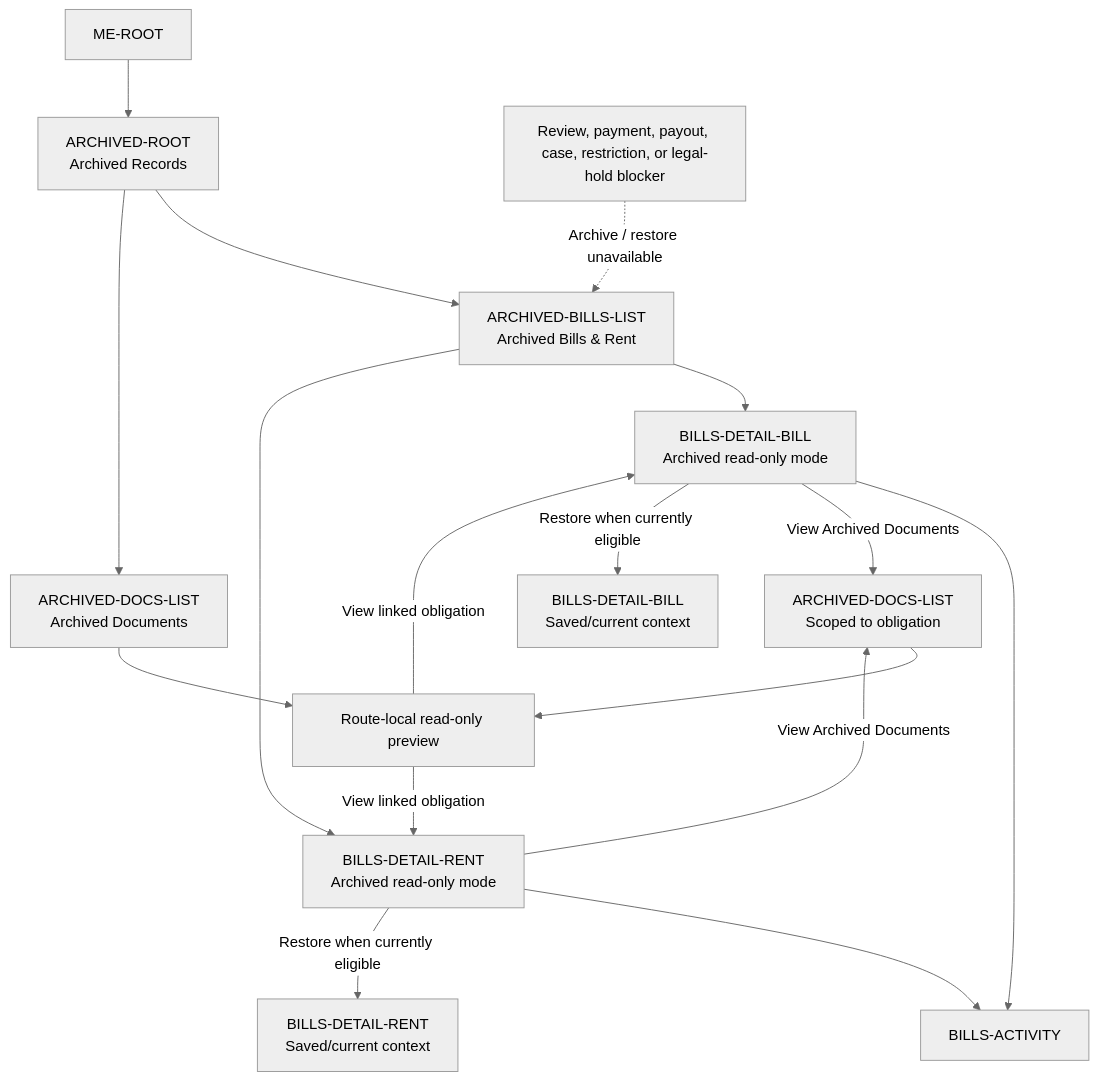
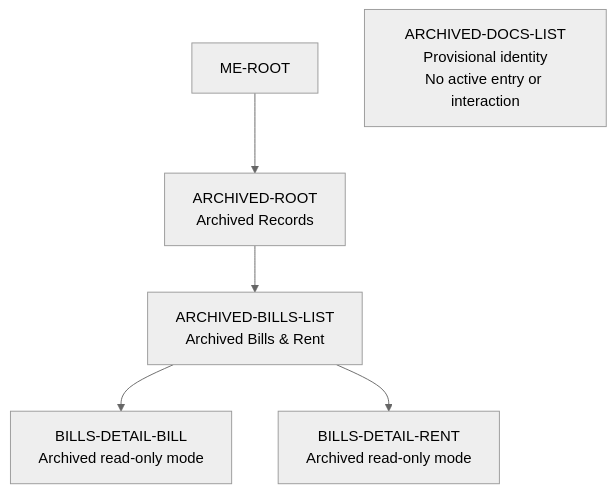
One commit to adminpayplus/payplus-docs changed the diagram in docs/diagrams/routes/payplus-archive-route-map.md. Above: the diagram before and after it, drawn with Mermaid (neutral theme). The commit also changed other lines of this file and 66 other files, not shown here.

````diff
--- a/docs/diagrams/routes/payplus-archive-route-map.md
+++ b/docs/diagrams/routes/payplus-archive-route-map.md
@@ -9,24 +12,9 @@
 ```mermaid
 flowchart TD
   ME["ME-ROOT"] --> ROOT["ARCHIVED-ROOT<br/>Archived Records"]
   ROOT --> BILLS["ARCHIVED-BILLS-LIST<br/>Archived Bills & Rent"]
-  ROOT --> DOCS["ARCHIVED-DOCS-LIST<br/>Archived Documents"]
-
   BILLS --> BILLDETAIL["BILLS-DETAIL-BILL<br/>Archived read-only mode"]
   BILLS --> RENTDETAIL["BILLS-DETAIL-RENT<br/>Archived read-only mode"]
 
-  BILLDETAIL --> ACTIVITY["BILLS-ACTIVITY"]
-  RENTDETAIL --> ACTIVITY
-  BILLDETAIL -->|"View Archived Documents"| SCOPEDDOCS["ARCHIVED-DOCS-LIST<br/>Scoped to obligation"]
-  RENTDETAIL -->|"View Archived Documents"| SCOPEDDOCS
-
-  BILLDETAIL -->|"Restore when currently eligible"| ACTIVEBILL["BILLS-DETAIL-BILL<br/>Saved/current context"]
-  RENTDETAIL -->|"Restore when currently eligible"| ACTIVERENT["BILLS-DETAIL-RENT<br/>Saved/current context"]
-
-  DOCS --> PREVIEW["Route-local read-only preview"]
-  SCOPEDDOCS --> PREVIEW
-  PREVIEW -->|"View linked obligation"| BILLDETAIL
-  PREVIEW -->|"View linked obligation"| RENTDETAIL
-
-  BLOCKED["Review, payment, payout, case, restriction, or legal-hold blocker"] -. "Archive / restore unavailable" .-> BILLS
+  DOCS["ARCHIVED-DOCS-LIST<br/>Provisional identity<br/>No active entry or interaction"]
 ```
````
